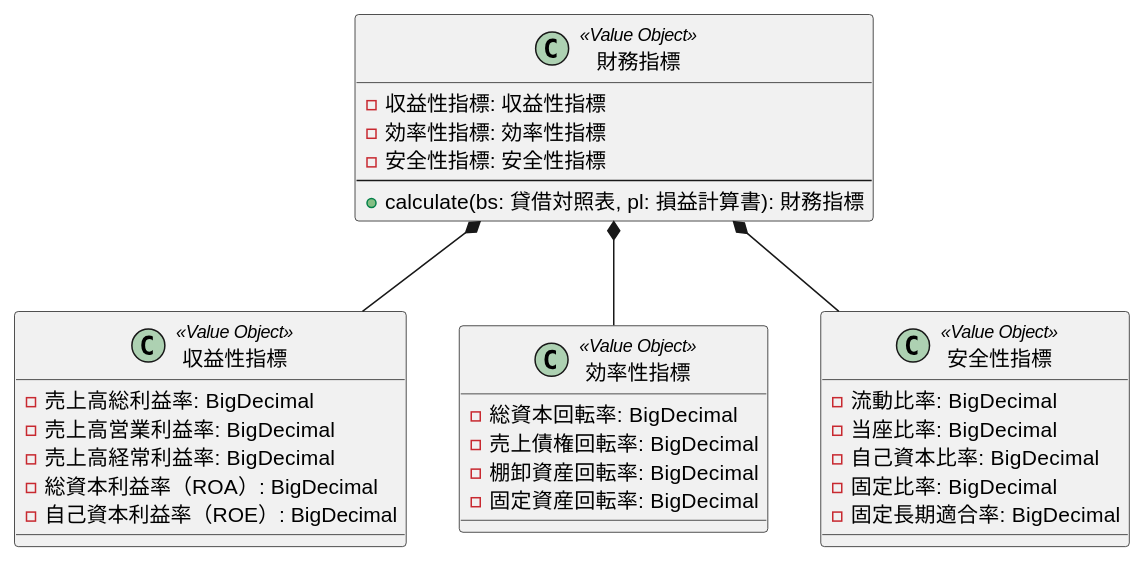
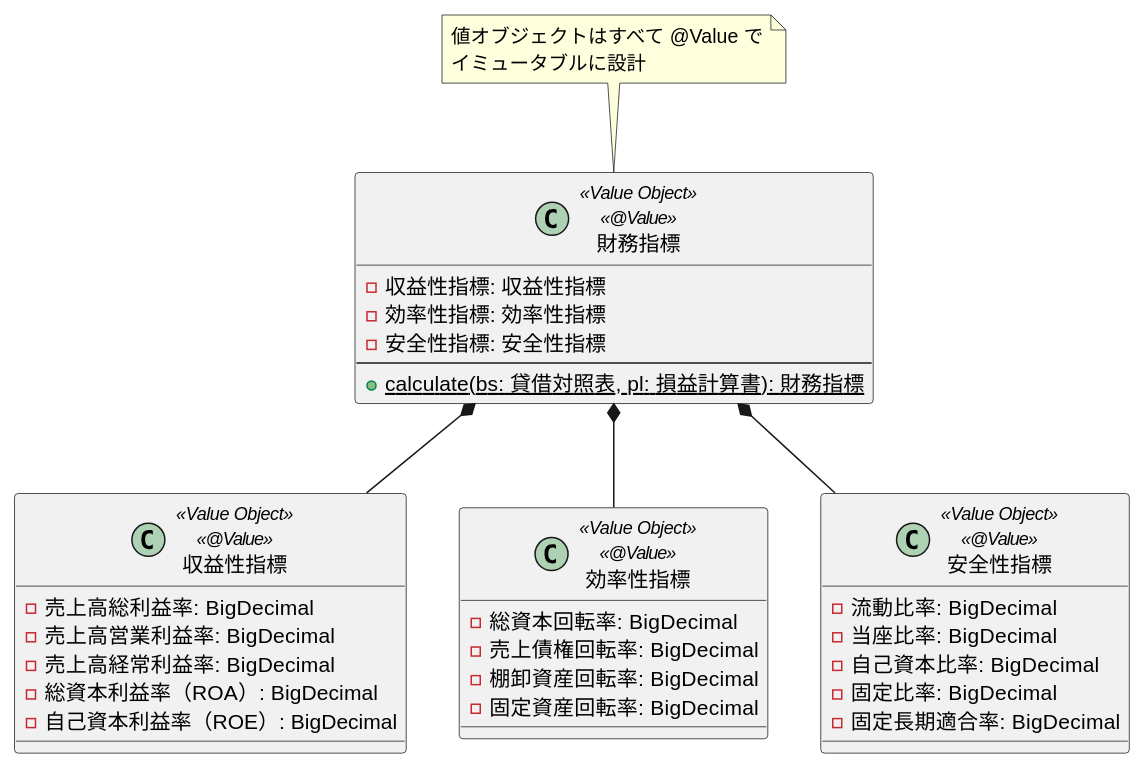
One commit to k2works/case-study-accounting changed diagram 23 of 26 in docs/design/domain-model.md. Above: the diagram before and after it, drawn with PlantUML. The commit also changed other lines of this file and 1 other file, not shown here.

First line of the commit message:
docs: エンティティ設計を @Value と @With によるイミュータブル設計に更新

````diff
--- a/docs/design/domain-model.md
+++ b/docs/design/domain-model.md
@@ -728,39 +948,44 @@
 ```plantuml
 @startuml
-class 財務指標 <<Value Object>> {
+class 財務指標 <<Value Object>> <<@Value>> {
   - 収益性指標: 収益性指標
   - 効率性指標: 効率性指標
   - 安全性指標: 安全性指標
   --
-  + calculate(bs: 貸借対照表, pl: 損益計算書): 財務指標
+  + {static} calculate(bs: 貸借対照表, pl: 損益計算書): 財務指標
 }
 
-class 収益性指標 <<Value Object>> {
+class 収益性指標 <<Value Object>> <<@Value>> {
   - 売上高総利益率: BigDecimal
   - 売上高営業利益率: BigDecimal
   - 売上高経常利益率: BigDecimal
   - 総資本利益率（ROA）: BigDecimal
   - 自己資本利益率（ROE）: BigDecimal
 }
 
-class 効率性指標 <<Value Object>> {
+class 効率性指標 <<Value Object>> <<@Value>> {
   - 総資本回転率: BigDecimal
   - 売上債権回転率: BigDecimal
   - 棚卸資産回転率: BigDecimal
   - 固定資産回転率: BigDecimal
 }
 
-class 安全性指標 <<Value Object>> {
+class 安全性指標 <<Value Object>> <<@Value>> {
   - 流動比率: BigDecimal
   - 当座比率: BigDecimal
   - 自己資本比率: BigDecimal
   - 固定比率: BigDecimal
   - 固定長期適合率: BigDecimal
 }
 
 財務指標 *-- 収益性指標
 財務指標 *-- 効率性指標
 財務指標 *-- 安全性指標
 
+note top of 財務指標
+  値オブジェクトはすべて @Value で
+  イミュータブルに設計
+end note
+
 @enduml
 ```
````
